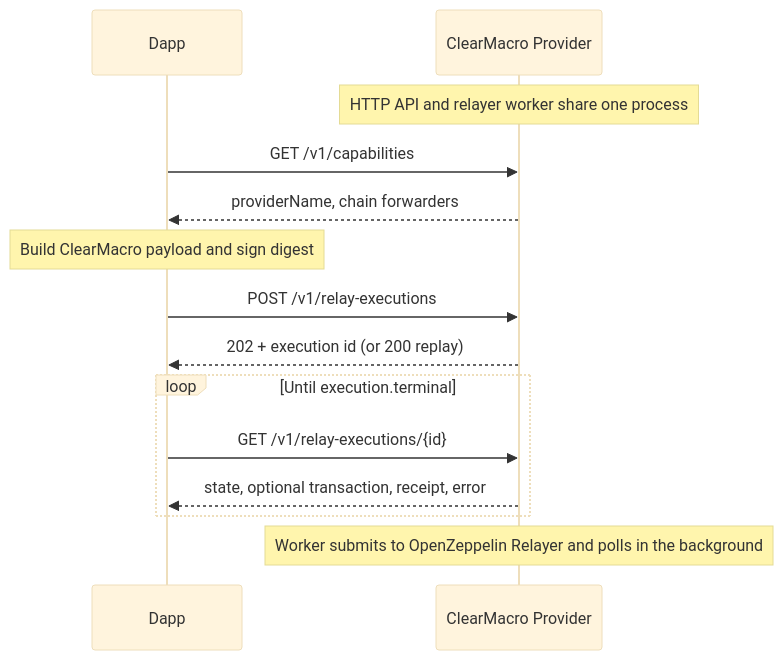
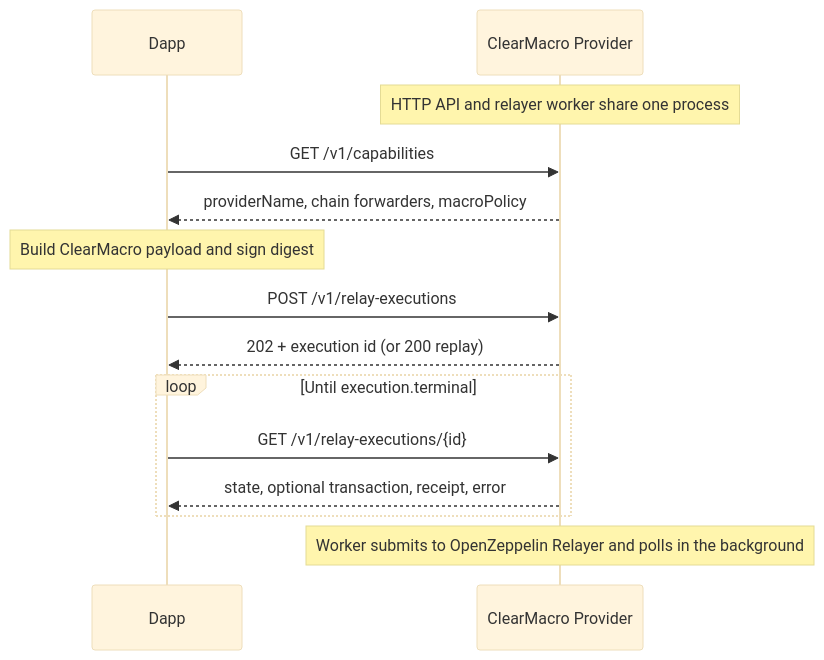
One commit to d10r/clearmacro-provider changed the diagram in README.md. Above: the diagram before and after it, drawn with Mermaid (base theme). The commit also changed other lines of this file and 7 other files, not shown here.

Commit message:
expose macroPolicy via capabilities

````diff
--- a/README.md
+++ b/README.md
@@ -31,16 +31,16 @@
 ```mermaid
 sequenceDiagram
     participant Dapp
     participant Provider as ClearMacro Provider
     Note over Provider: HTTP API and relayer worker share one process
     Dapp->>Provider: GET /v1/capabilities
-    Provider-->>Dapp: providerName, chain forwarders
+    Provider-->>Dapp: providerName, chain forwarders, macroPolicy
     Note over Dapp: Build ClearMacro payload and sign digest
     Dapp->>Provider: POST /v1/relay-executions
     Provider-->>Dapp: 202 + execution id (or 200 replay)
     loop Until execution.terminal
         Dapp->>Provider: GET /v1/relay-executions/{id}
         Provider-->>Dapp: state, optional transaction, receipt, error
     end
     Note over Provider: Worker submits to OpenZeppelin Relayer and polls in the background
 ```
````
